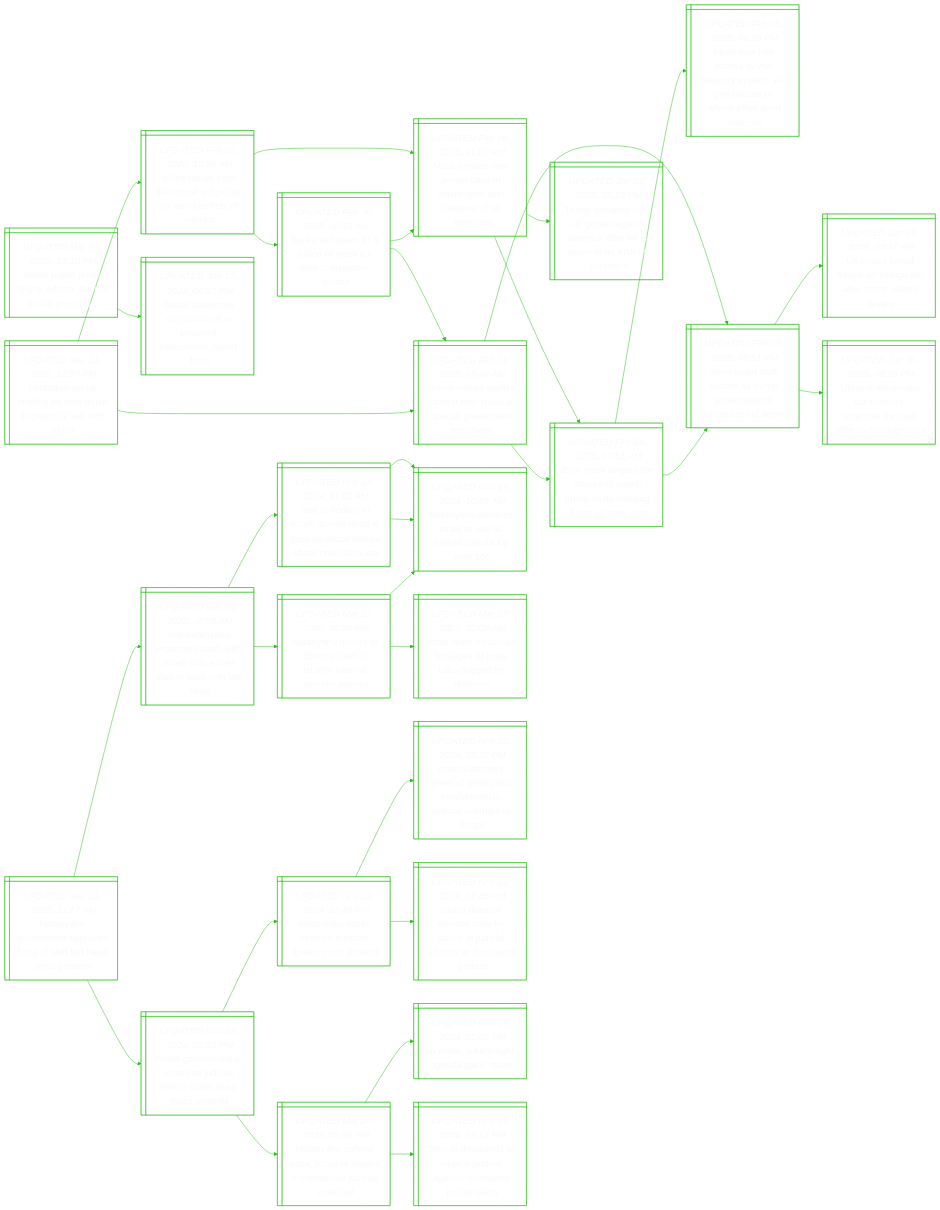
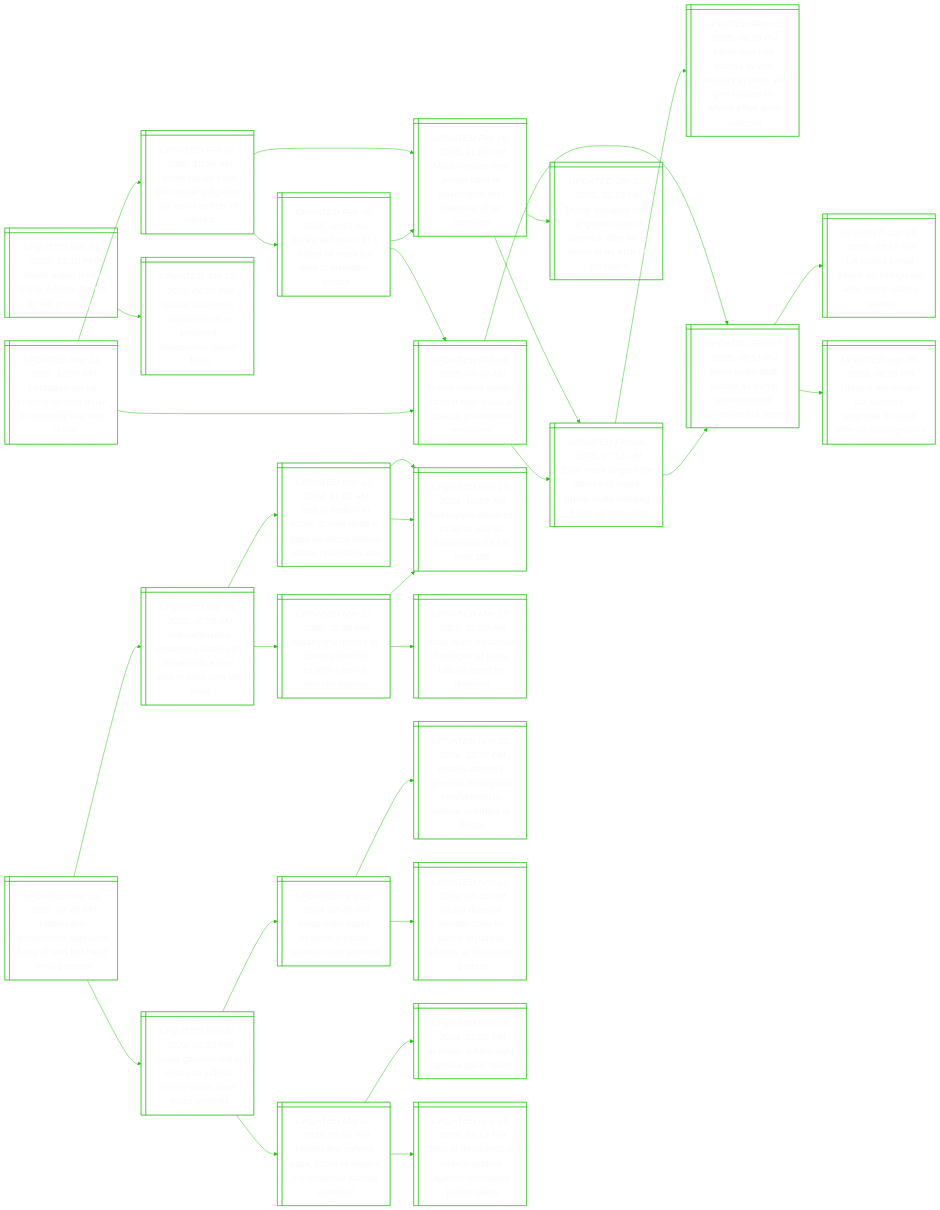
Before and after one commit to notJmes/notJmes: the diagram in README.md, drawn with Mermaid. The commit also changed other lines of this file, not shown here.

```diff
--- a/README.md
+++ b/README.md
@@ -69,7 +69,7 @@
 
 Iaenleonkol:::txtsize --> Glescoodrrts:::txtsize
 
-NyompeiSedps@{ shape: win-pane, label: "_UPDATED Mar 21, 2025, 11:17 AM_
+NyompeiSedps@{ shape: win-pane, label: "_UPDATED Mar 21, 2025, 07:48 PM_
 Netanyahu government approves firing of shin bet head amid protests" }
 Aeaoeataoolsht@{ shape: win-pane, label: "_UPDATED Mar 21, 2025, 08:09 AM_
 Anti-netanyahu protesters clash with israeli police over plan to sack shin bet head" }
```
